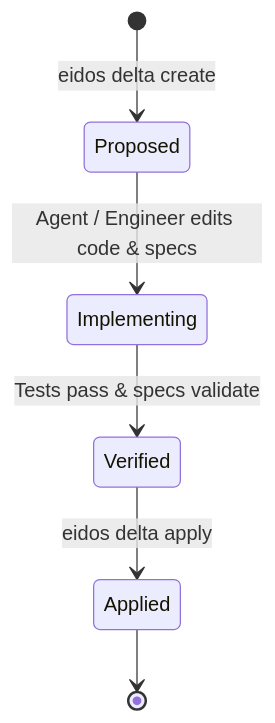
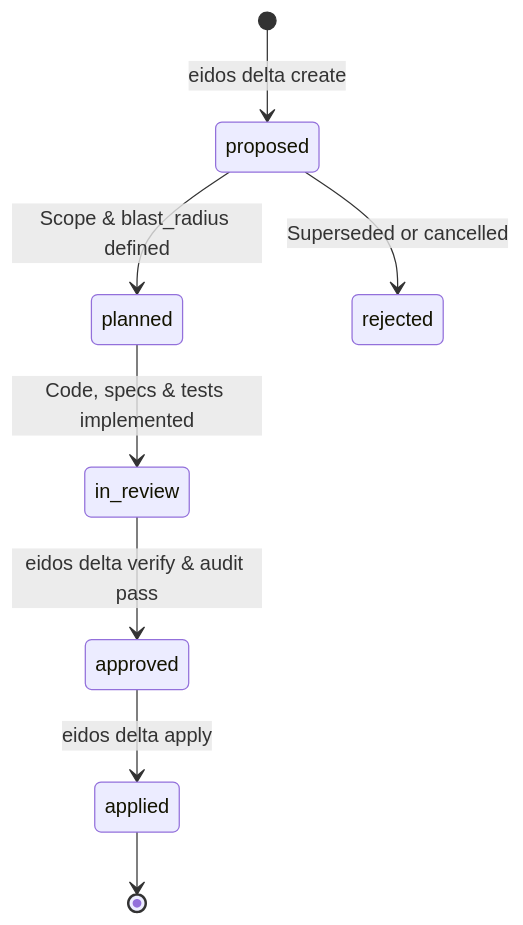
One commit to mchawa/eidos changed the diagram in docs/concepts/specdeltas.md. Above: the diagram before and after it, drawn with Mermaid. The commit also changed other lines of this file and 22 other files, not shown here.

Commit message:
docs: add How Eidos Works guide, synchronize 16-schema glossary, and expand engine internals

````diff
--- a/docs/concepts/specdeltas.md
+++ b/docs/concepts/specdeltas.md
@@ -22,8 +22,10 @@
 ```mermaid
 stateDiagram-v2
-    [*] --> Proposed: eidos delta create
-    Proposed --> Implementing: Agent / Engineer edits code & specs
-    Implementing --> Verified: Tests pass & specs validate
-    Verified --> Applied: eidos delta apply
-    Applied --> [*]
+    [*] --> proposed: eidos delta create
+    proposed --> planned: Scope & blast_radius defined
+    planned --> in_review: Code, specs & tests implemented
+    in_review --> approved: eidos delta verify & audit pass
+    approved --> applied: eidos delta apply
+    proposed --> rejected: Superseded or cancelled
+    applied --> [*]
 ```
````
